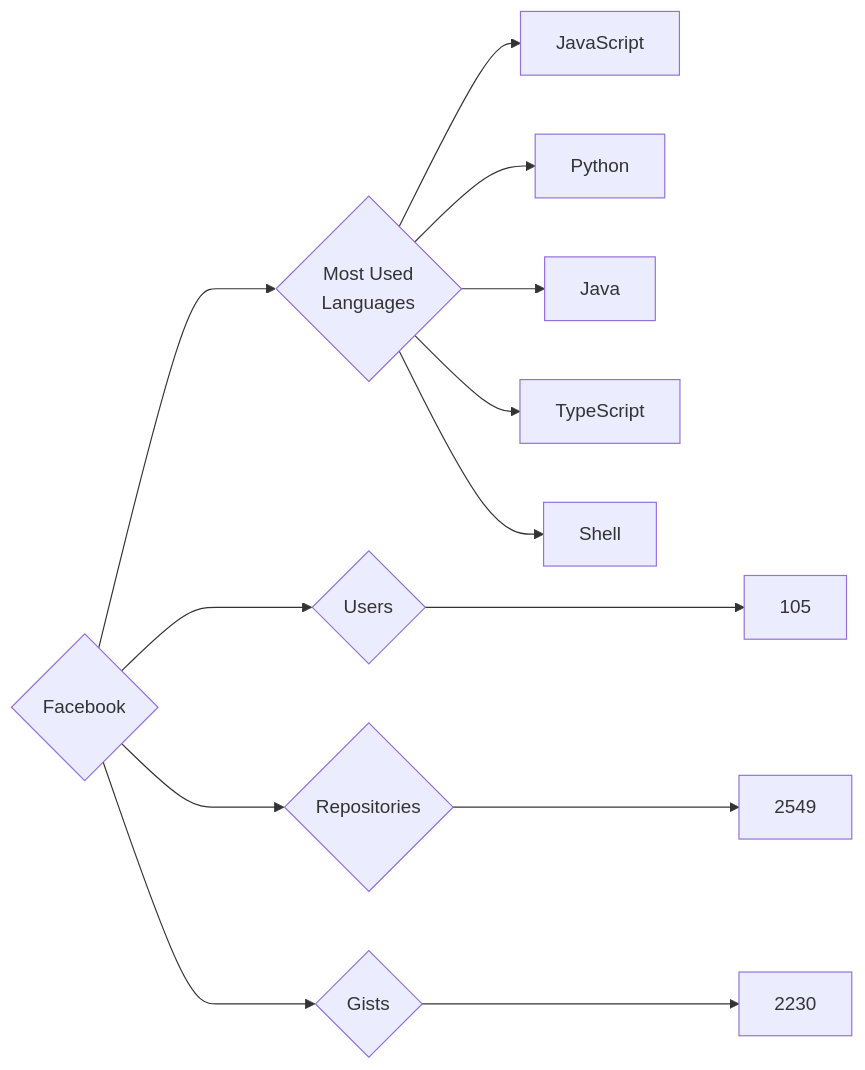
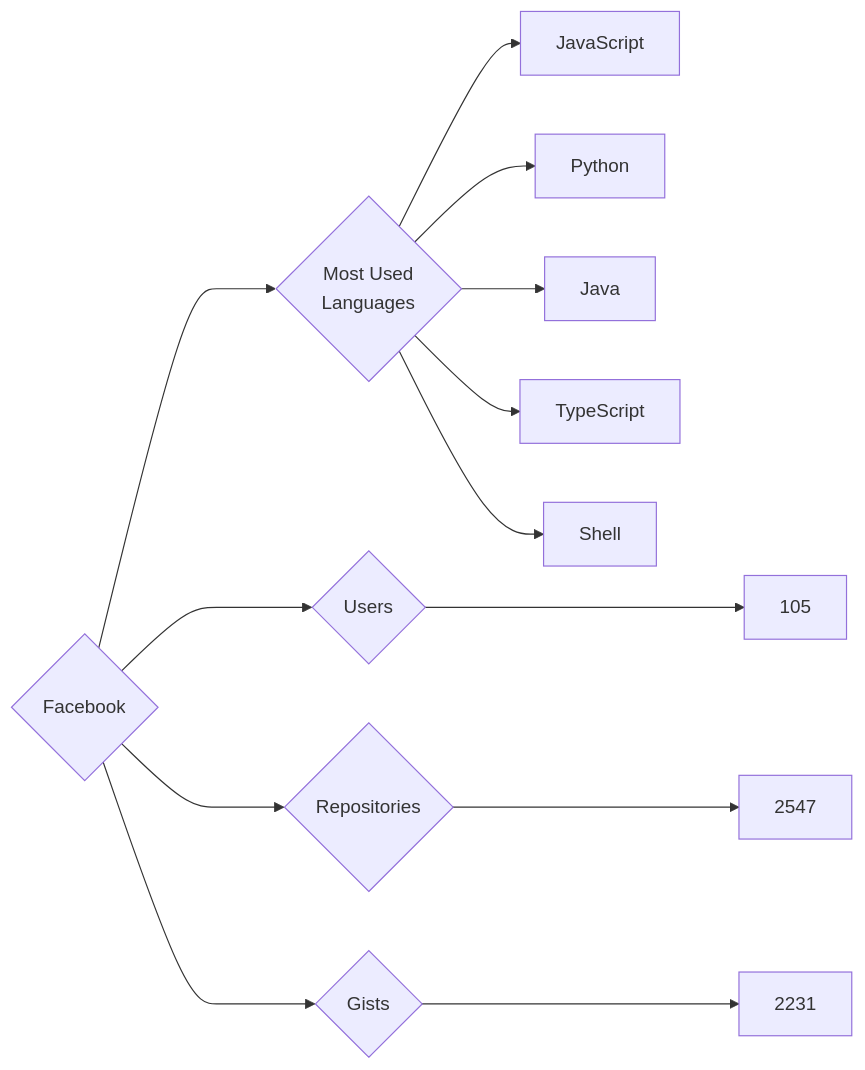
The diagram in targets/Facebook/README.md (trickest/insiders), drawn with Mermaid before and after one commit. The commit also changed 679 other files, not shown here.

````diff
--- a/targets/Facebook/README.md
+++ b/targets/Facebook/README.md
@@ -3,13 +3,13 @@
 ```mermaid
 graph LR
 COMPANY_NAME{Facebook}
 COMPANY_NAME ---> U{Users} ---> UN[105]
-COMPANY_NAME ---> R{Repositories} ---> RN[2549]
-COMPANY_NAME ---> G{Gists} ---> GN[2230]
+COMPANY_NAME ---> R{Repositories} ---> RN[2547]
+COMPANY_NAME ---> G{Gists} ---> GN[2231]
 COMPANY_NAME ---> ML{Most Used<br>Languages}
 ML --> JavaScript[JavaScript]
 ML --> Python[Python]
 ML --> Java[Java]
 ML --> TypeScript[TypeScript]
 ML --> Shell[Shell]
 ```
````
